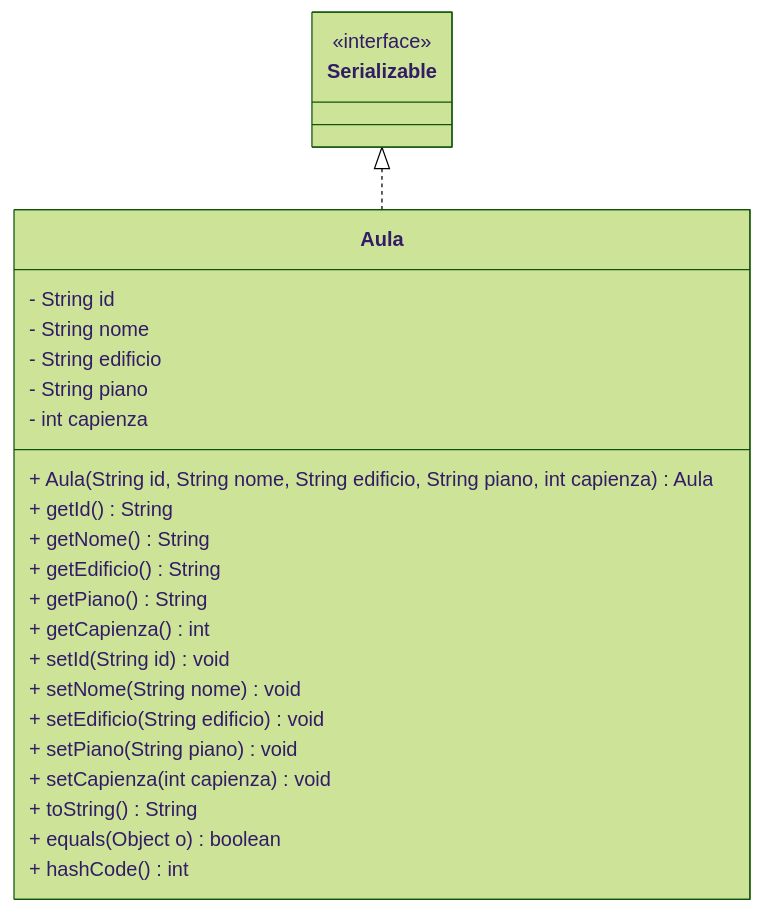
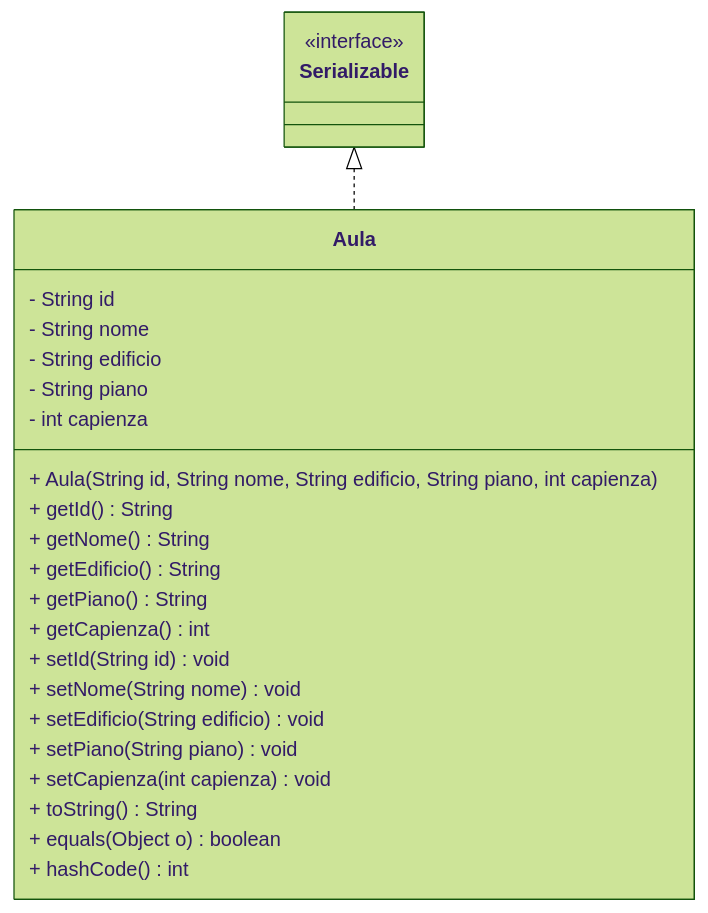
One commit to gcarbone48/PrenotazioneAule5 changed the diagram in diagrams/aulaClassDiagram.md. Above: the diagram before and after it, drawn with Mermaid (forest theme). The commit also changed 4 other files, not shown here.

````diff
--- a/diagrams/aulaClassDiagram.md
+++ b/diagrams/aulaClassDiagram.md
@@ -1,34 +1,34 @@
 ```mermaid
 classDiagram
 
     class Serializable {
              <<interface>>
     }
 
     Serializable <|.. Aula
 
     class Aula{
         - String id
         %% codice identificativo univoco
         - String nome
         - String edificio
         - String piano
         - int capienza
-        + Aula(String id, String nome, String edificio, String piano, int capienza) Aula
+        + Aula(String id, String nome, String edificio, String piano, int capienza) 
         + getId() String
         + getNome() String
         + getEdificio() String
         + getPiano() String
         + getCapienza() int
         + setId(String id) void
         + setNome(String nome) void
         + setEdificio(String edificio) void
         + setPiano(String piano) void
         + setCapienza(int capienza) void      
         + toString() String
 
         + equals(Object o) boolean
         + hashCode() int
     }
 
 ```
````
